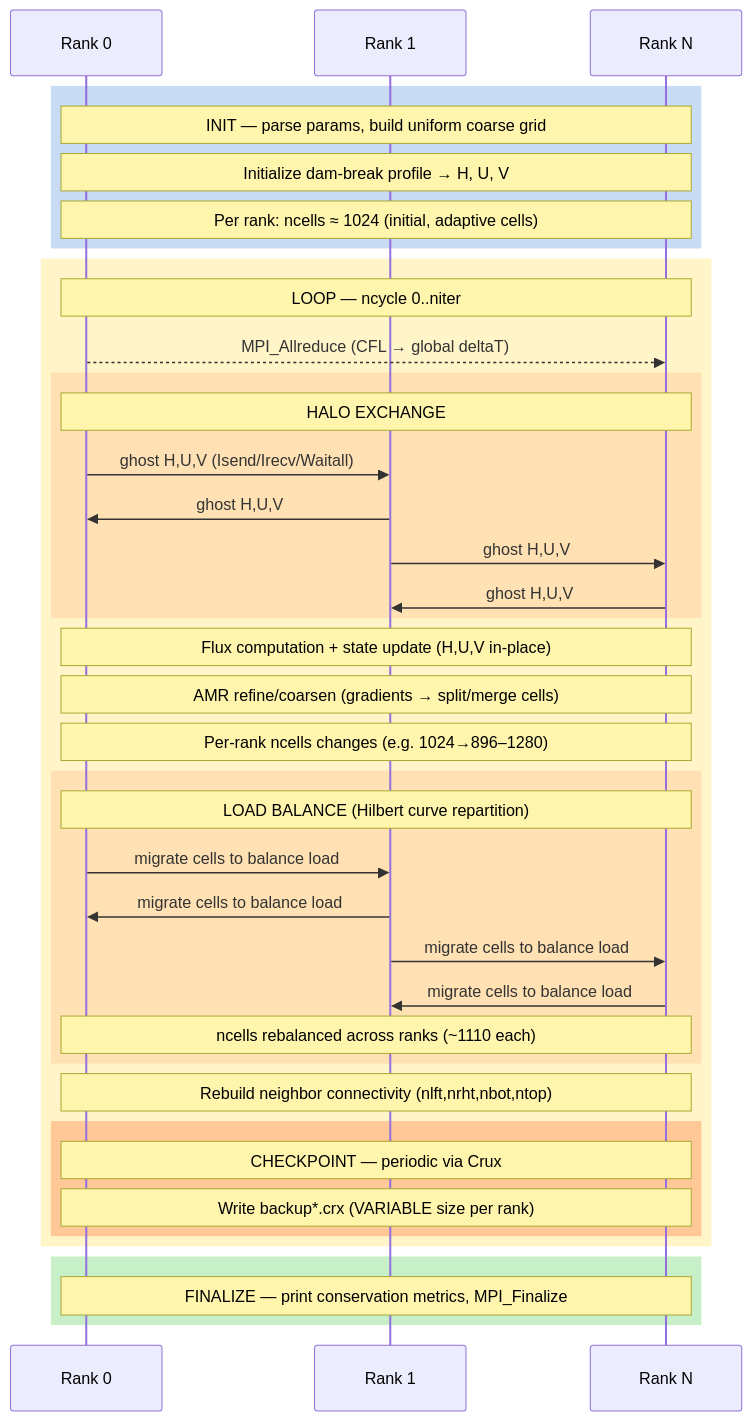
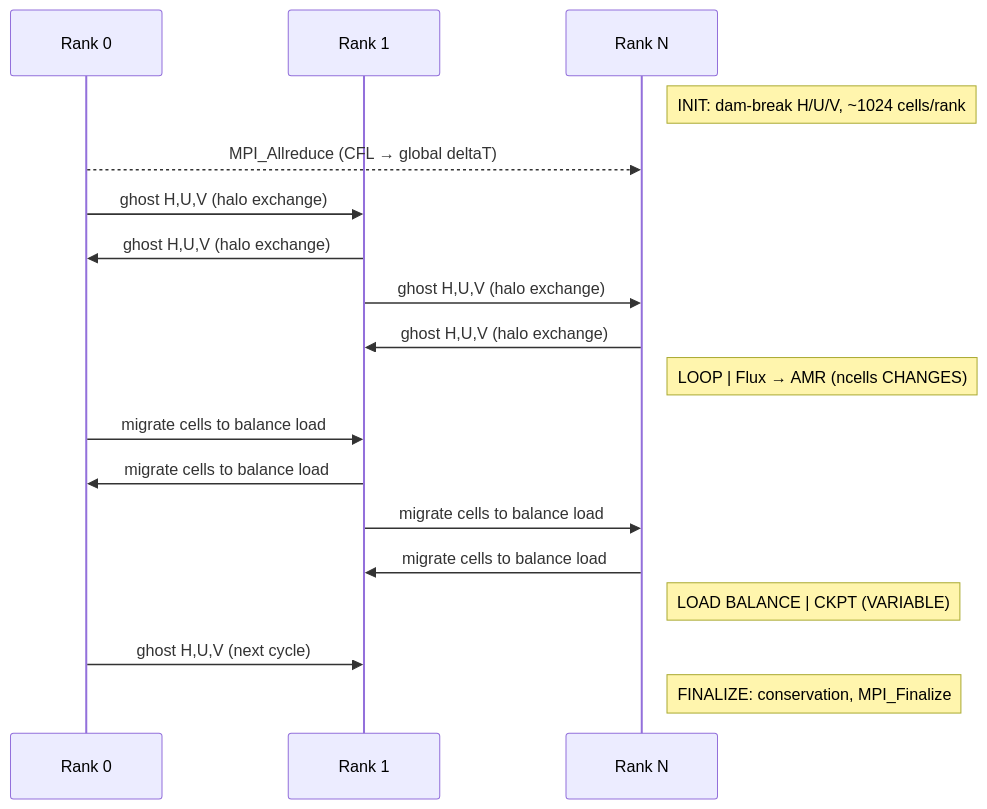
Before and after one commit to ngduchai/guard-agent: the third of 3 diagrams in tests/apps/docs/CLAMR/README.md, drawn with Mermaid. The commit also changed other lines of this file and 43 other files, not shown here.

````diff
--- a/tests/apps/docs/CLAMR/README.md
+++ b/tests/apps/docs/CLAMR/README.md
@@ -120,49 +120,21 @@
 ```mermaid
 sequenceDiagram
     participant R0 as Rank 0
     participant R1 as Rank 1
     participant RN as Rank N
 
-    rect rgb(200, 220, 245)
-        Note over R0,RN: INIT — parse params, build uniform coarse grid
-        Note over R0,RN: Initialize dam-break profile → H, U, V
-        Note over R0,RN: Per rank: ncells ≈ 1024 (initial, adaptive cells)
-    end
-
-    rect rgb(255, 245, 200)
-        Note over R0,RN: LOOP — ncycle 0..niter
-        R0-->>RN: MPI_Allreduce (CFL → global deltaT)
-
-        rect rgb(255, 225, 180)
-            Note over R0,RN: HALO EXCHANGE
-            R0->>R1: ghost H,U,V (Isend/Irecv/Waitall)
-            R1->>R0: ghost H,U,V
-            R1->>RN: ghost H,U,V
-            RN->>R1: ghost H,U,V
-        end
-
-        Note over R0,RN: Flux computation + state update (H,U,V in-place)
-        Note over R0,RN: AMR refine/coarsen (gradients → split/merge cells)
-        Note over R0,RN: Per-rank ncells changes (e.g. 1024→896–1280)
-
-        rect rgb(255, 225, 180)
-            Note over R0,RN: LOAD BALANCE (Hilbert curve repartition)
-            R0->>R1: migrate cells to balance load
-            R1->>R0: migrate cells to balance load
-            R1->>RN: migrate cells to balance load
-            RN->>R1: migrate cells to balance load
-            Note over R0,RN: ncells rebalanced across ranks (~1110 each)
-        end
-
-        Note over R0,RN: Rebuild neighbor connectivity (nlft,nrht,nbot,ntop)
-
-        rect rgb(255, 200, 150)
-            Note over R0,RN: CHECKPOINT — periodic via Crux
-            Note over R0,RN: Write backup*.crx (VARIABLE size per rank)
-        end
-    end
-
-    rect rgb(200, 240, 200)
-        Note over R0,RN: FINALIZE — print conservation metrics, MPI_Finalize
-    end
+    Note right of RN: INIT: dam-break H/U/V, ~1024 cells/rank
+    R0-->>RN: MPI_Allreduce (CFL → global deltaT)
+    R0->>R1: ghost H,U,V (halo exchange)
+    R1->>R0: ghost H,U,V (halo exchange)
+    R1->>RN: ghost H,U,V (halo exchange)
+    RN->>R1: ghost H,U,V (halo exchange)
+    Note right of RN: LOOP | Flux → AMR (ncells CHANGES)
+    R0->>R1: migrate cells to balance load
+    R1->>R0: migrate cells to balance load
+    R1->>RN: migrate cells to balance load
+    RN->>R1: migrate cells to balance load
+    Note right of RN: LOAD BALANCE | CKPT (VARIABLE)
+    R0->>R1: ghost H,U,V (next cycle)
+    Note right of RN: FINALIZE: conservation, MPI_Finalize
 ```
````
